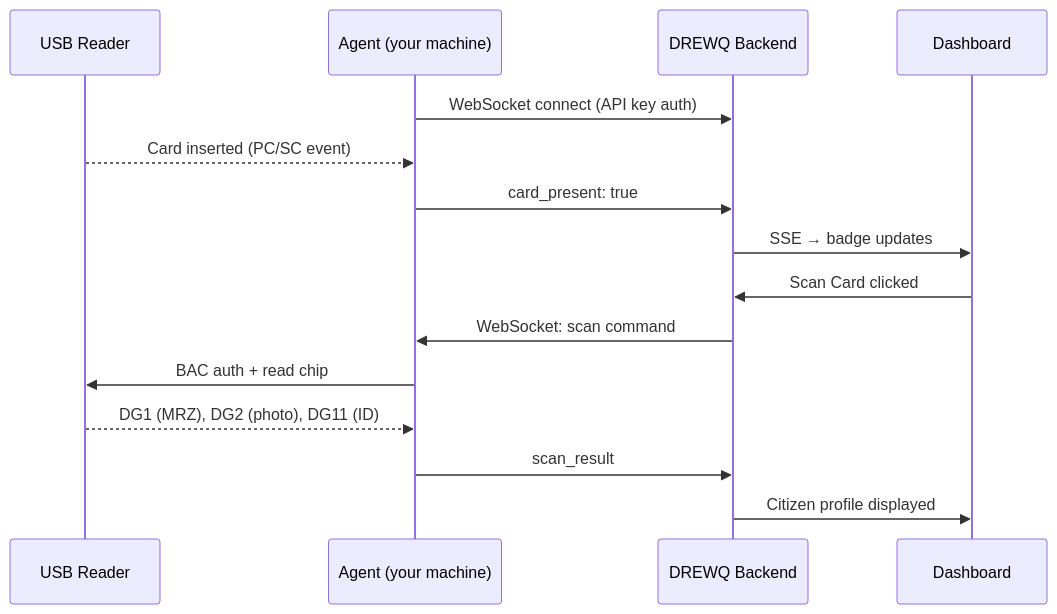
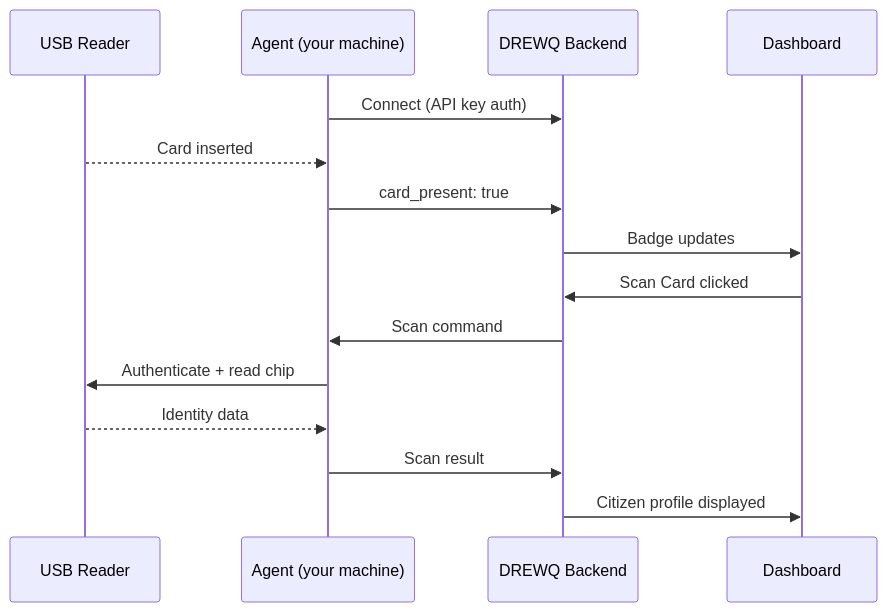
The diagram in README.md (andrewakuaku/drewq-agent), drawn with Mermaid before and after one commit. The commit also changed other lines of this file, not shown here.

First line of the commit message:
feat: add landing page architecture flow + remove tech details from public content

````diff
--- a/README.md
+++ b/README.md
@@ -11,20 +11,20 @@
 ```mermaid
 sequenceDiagram
     participant R as USB Reader
     participant A as Agent (your machine)
     participant B as DREWQ Backend
     participant D as Dashboard
 
-    A->>B: WebSocket connect (API key auth)
+    A->>B: Connect (API key auth)
 
-    R-->>A: Card inserted (PC/SC event)
+    R-->>A: Card inserted
     A->>B: card_present: true
-    B->>D: SSE → badge updates
+    B->>D: Badge updates
 
     D->>B: Scan Card clicked
-    B->>A: WebSocket: scan command
-    A->>R: BAC auth + read chip
-    R-->>A: DG1 (MRZ), DG2 (photo), DG11 (ID)
-    A->>B: scan_result
+    B->>A: Scan command
+    A->>R: Authenticate + read chip
+    R-->>A: Identity data
+    A->>B: Scan result
     B->>D: Citizen profile displayed
 ```
````
